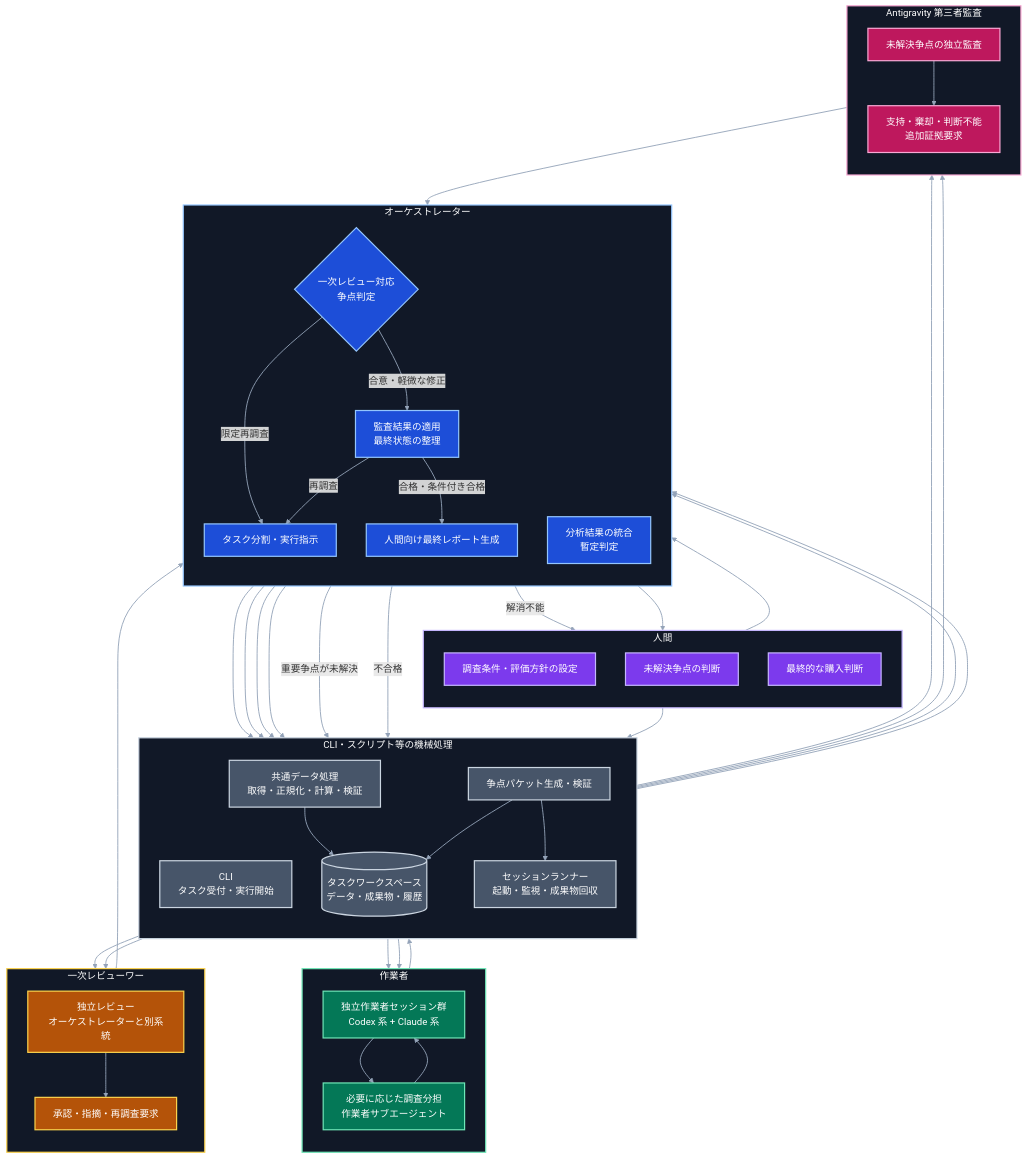
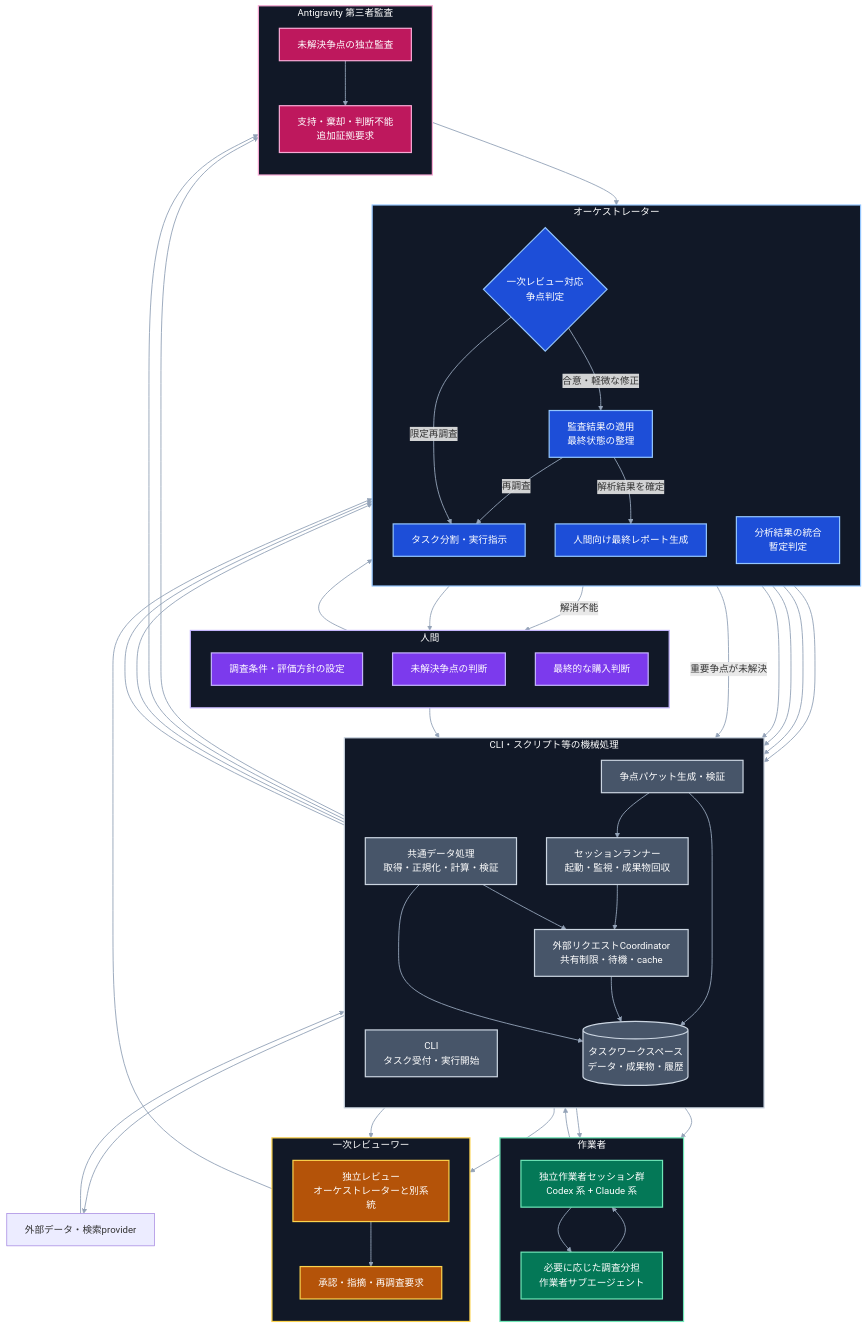
Before and after one commit to toike08D17012/system-trade-with-llm-orchestrator: the first of 7 diagrams in docs/design/03-stock-research-system-architecture.md, drawn with Mermaid. The commit also changed other lines of this file and 14 other files, not shown here.

```diff
--- a/docs/design/03-stock-research-system-architecture.md
+++ b/docs/design/03-stock-research-system-architecture.md
@@ -36,6 +37,7 @@
         direction TB
         CLI["CLI<br/>タスク受付・実行開始"]
         D["共通データ処理<br/>取得・正規化・計算・検証"]
+        C["外部リクエストCoordinator<br/>共有制限・待機・cache"]
         SR["セッションランナー<br/>起動・監視・成果物回収"]
         DP["争点パケット生成・検証"]
         S[("タスクワークスペース<br/>データ・成果物・履歴")]
@@ -68,9 +70,16 @@
         GJ["支持・棄却・判断不能<br/>追加証拠要求"]
     end
 
+    EXT["外部データ・検索provider"]
+
     H --> CLI
     CLI --> O
     O --> D
+    D --> C
+    SR --> C
+    C --> EXT
+    EXT --> C
+    C --> S
     D --> S
     O --> SR
     SR --> W
@@ -94,9 +103,8 @@
     S --> G
     G --> GJ
     GJ --> Z
-    Z -->|合格・条件付き合格| F
+    Z -->|解析結果を確定| F
     Z -->|再調査| O
-    Z -->|不合格| S
     Z -->|解消不能| HE
     F --> HD
     HE --> O
@@ -113,7 +121,7 @@
     class W,WS workerRole
     class R,RJ reviewerRole
     class G,GJ antigravityRole
-    class CLI,D,SR,DP,S machineRole
+    class CLI,D,C,SR,DP,S machineRole
 
     style HUMAN fill:#111827,stroke:#C4B5FD,color:#FFFFFF,stroke-width:2px
     style ORCHESTRATOR fill:#111827,stroke:#93C5FD,color:#FFFFFF,stroke-width:2px
```
